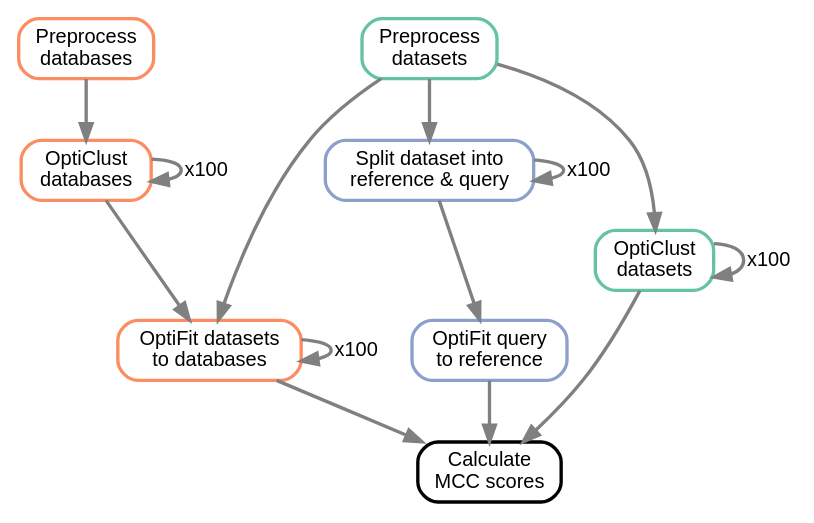
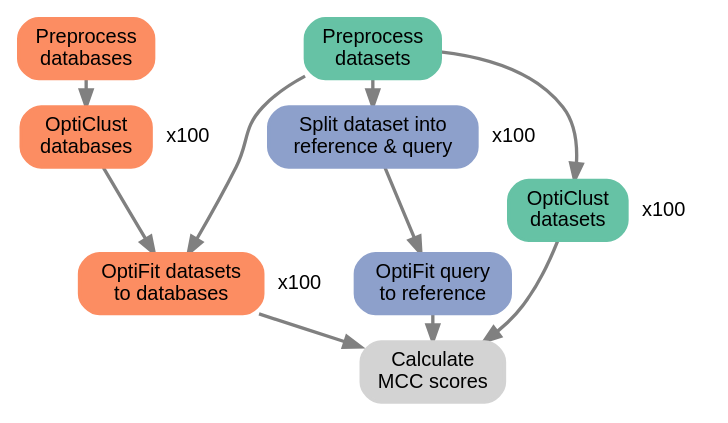
The diagram in figures/workflow.gv (SchlossLab/Sovacool_OptiFit_mSphere_2022), drawn with Graphviz before and after one commit. The commit also changed 5 other files, not shown here.

Commit message:
Make workflow fig more compact & prettier

```diff
--- a/figures/workflow.gv
+++ b/figures/workflow.gv
@@ -1,43 +1,41 @@
 # RColorBrewer::brewer.pal(n=4, name='Set2')
 digraph snakemake_dag {
-    graph[bgcolor=white];
-    node[shape=box, style=rounded, 
+    graph[bgcolor=white, nodesep=0.1, ranksep=0.1, outputorder=edgesfirst]
+    node[shape=box, style="rounded,filled",
          fontname=helvetica, fontsize=12, penwidth=2];
-    edge[penwidth=2, color=grey, 
+    edge[penwidth=2, color=grey,
          fontname=helvetica, fontsize=12];
-    
-	1[label = "Preprocess\ndatasets", 
-	  color = "#66C2A5", style="rounded"];
-	2[label = "OptiClust\ndatasets", 
-	  color = "#66C2A5", style="rounded"];
-	
-	11[label = "Preprocess\ndatabases", 
-	   color = "#FC8D62", style="rounded"];
-	12[label = "OptiClust\ndatabases", 
-	   color = "#FC8D62", style="rounded"];
-	13[label = "OptiFit datasets\nto databases", 
-	   color = "#FC8D62", style="rounded"];
-	
-	20[label = "Split dataset into\nreference & query", 
-	   color = "#8DA0CB", style="rounded"];
-	21[label = "OptiFit query\nto reference", 
-	   color = "#8DA0CB", style="rounded"];
-	
-	30[label = "Calculate\nMCC scores", 
-	   style="rounded"];
-	
+
+  node[color="#66C2A5"]
+	1[label="Preprocess\ndatasets"];
+	2[label="OptiClust\ndatasets"];
+
+  node[color="#FC8D62"]
+	11[label="Preprocess\ndatabases"];
+	12[label="OptiClust\ndatabases"];
+	13[label="OptiFit datasets\nto databases"];
+
+  node[color="#8DA0CB"]
+	20[label="Split dataset into\nreference & query"];
+	21[label="OptiFit query\nto reference"];
+
+  node[color="lightgray"]
+	30[label="Calculate\nMCC scores"];
+
 	1 -> 2
-	2 -> 2 [label = "x100"]
 	2 -> 30
-	
+
 	11 -> 12 -> 13
-	12 -> 12 [label = "x100"]
 	1 -> 13
-	13 -> 13 [label = "x100"]
 	13 -> 30
-	
+
 	20 -> 21
-	20 -> 20 [label = "x100"]
 	1 -> 20
 	21 -> 30
+	
+	edge[label="x100", color="white", arrowhead=none]
+	2 -> 2
+	12 -> 12
+	13 -> 13
+	20 -> 20
 }
```
